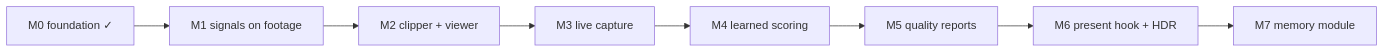
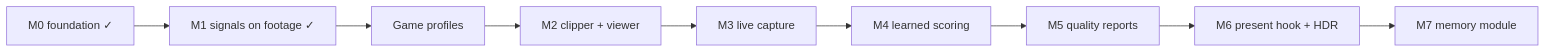
The fifth of 5 diagrams in docs/wiki/Architecture.md (Joshmh7128/Lookback), drawn with Mermaid before and after one commit. The commit also changed other lines of this file and 40 other files, not shown here.

First line of the commit message:
Add game profiles as data, starting with Overwatch

````diff
--- a/docs/wiki/Architecture.md
+++ b/docs/wiki/Architecture.md
@@ -138,5 +146,5 @@
 ```mermaid
 flowchart LR
-    M0[M0 foundation ✓] --> M1[M1 signals on footage] --> M2[M2 clipper + viewer] --> M3[M3 live capture]
+    M0[M0 foundation ✓] --> M1[M1 signals on footage ✓] --> GPR[Game profiles] --> M2[M2 clipper + viewer] --> M3[M3 live capture]
     M3 --> M4[M4 learned scoring] --> M5[M5 quality reports] --> M6[M6 present hook + HDR] --> M7[M7 memory module]
 ```
````
